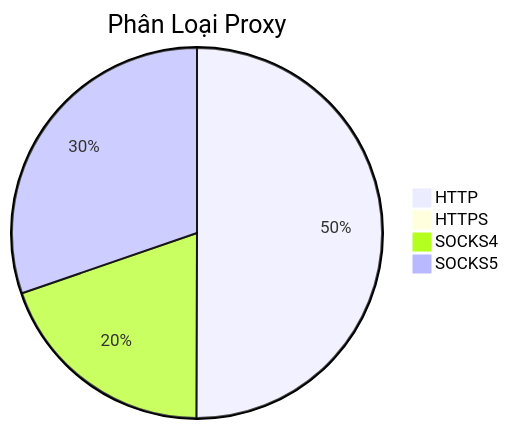
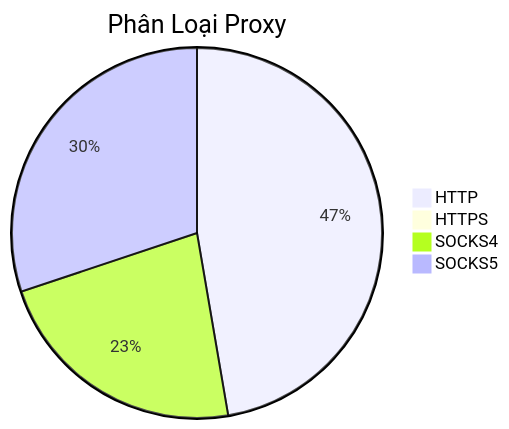
The diagram in README.md (Ciara-12/PROXY-free), drawn with Mermaid before and after one commit. The commit also changed other lines of this file and 4 other files, not shown here.

````diff
--- a/README.md
+++ b/README.md
@@ -26,7 +26,7 @@
 ```mermaid
 pie title Phân Loại Proxy
-    "HTTP" : 491
-    "HTTPS" : 3
-    "SOCKS4" : 193
-    "SOCKS5" : 297
+    "HTTP" : 570
+    "HTTPS" : 1
+    "SOCKS4" : 272
+    "SOCKS5" : 363
 ```
````
